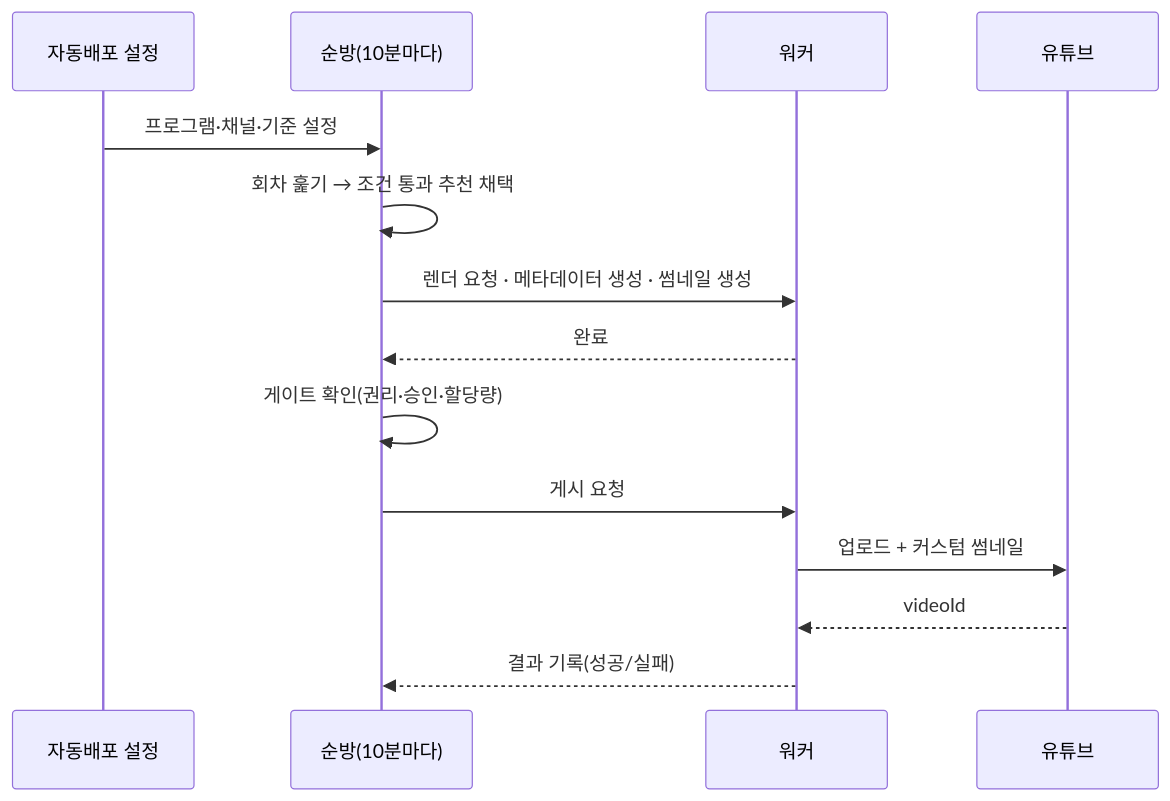
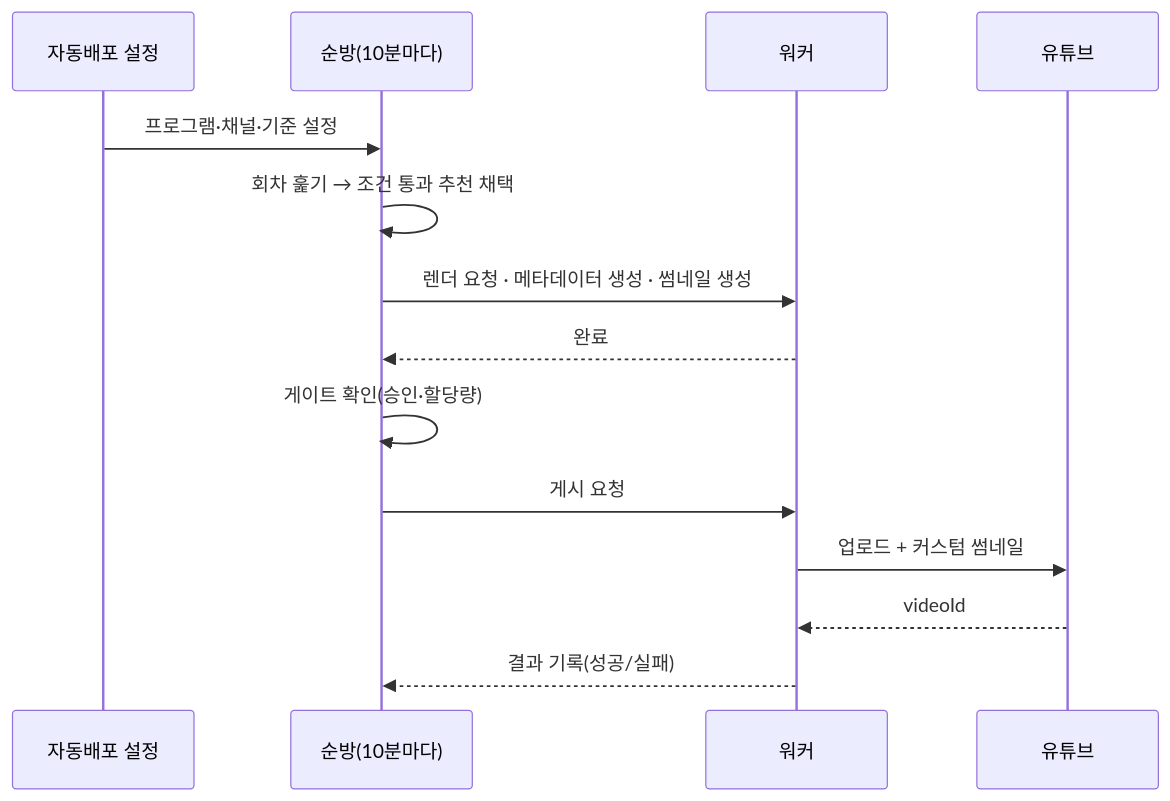
The fifth of 5 diagrams in docs/ops/how-it-works.md (STEP-AI-organization/STEP-D-V2), drawn with Mermaid before and after one commit. The commit also changed 19 other files, not shown here.

````diff
--- a/docs/ops/how-it-works.md
+++ b/docs/ops/how-it-works.md
@@ -416,17 +416,17 @@
 ```mermaid
 sequenceDiagram
     participant R as 자동배포 설정
     participant C as 순방(10분마다)
     participant W as 워커
     participant Y as 유튜브
 
     R->>C: 프로그램·채널·기준 설정
     C->>C: 회차 훑기 → 조건 통과 추천 채택
     C->>W: 렌더 요청 · 메타데이터 생성 · 썸네일 생성
     W-->>C: 완료
-    C->>C: 게이트 확인(권리·승인·할당량)
+    C->>C: 게이트 확인(승인·할당량)
     C->>W: 게시 요청
     W->>Y: 업로드 + 커스텀 썸네일
     Y-->>W: videoId
     W-->>C: 결과 기록(성공/실패)
 ```
````
